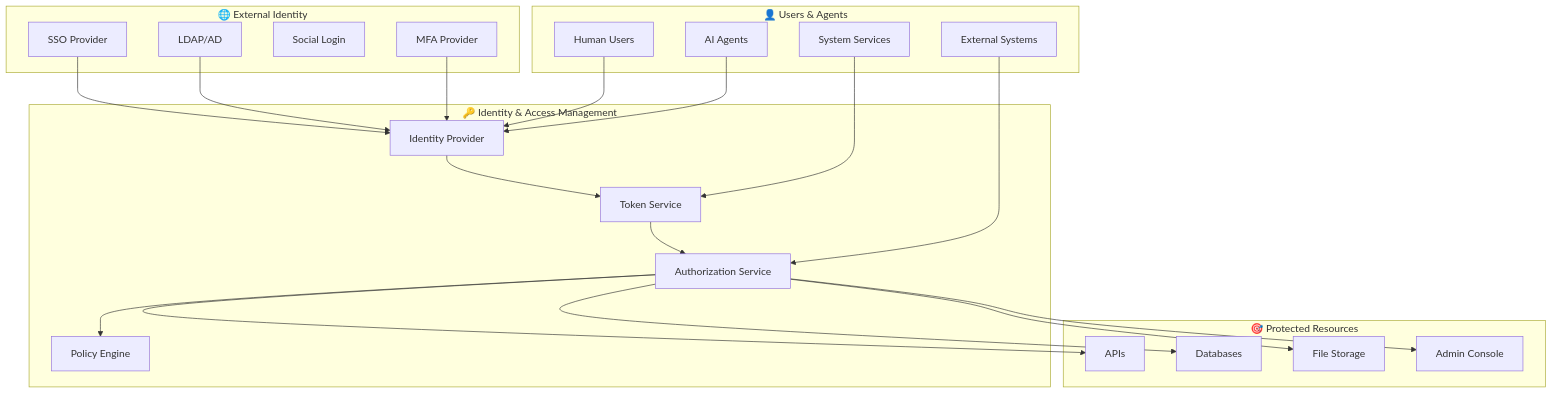
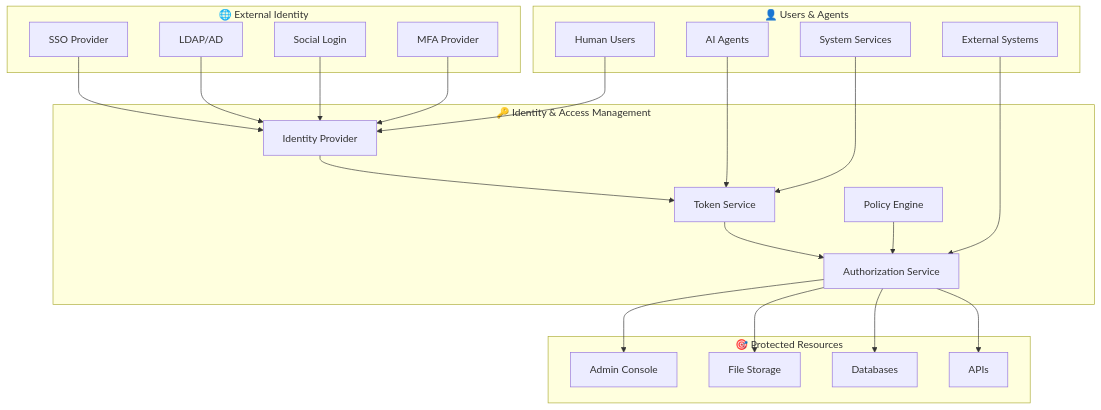
Before and after one commit to daichiTAAA/AgentOpsPlatform: the second of 21 diagrams in docs/030000_設計/039000_セキュリティ・運用設計/039010_セキュリティ・運用設計.md, drawn with Mermaid. The commit also changed other lines of this file and 2 other files, not shown here.

Commit message:
設計書を作成した

````diff
--- a/docs/030000_設計/039000_セキュリティ・運用設計/039010_セキュリティ・運用設計.md
+++ b/docs/030000_設計/039000_セキュリティ・運用設計/039010_セキュリティ・運用設計.md
@@ -77,48 +77,49 @@
 ```mermaid
 graph TD
     subgraph "🌐 External Identity"
         SSO[SSO Provider]
         LDAP[LDAP/AD]
         SOCIAL[Social Login]
         MFA[MFA Provider]
     end
     
-    subgraph "🔑 Identity & Access Management"
-        IDP[Identity Provider]
-        AUTHZ[Authorization Service]
-        TOKEN[Token Service]
-        POLICY[Policy Engine]
-    end
-    
     subgraph "👤 Users & Agents"
         HUMAN[Human Users]
         AI[AI Agents]
         SYS[System Services]
         EXT[External Systems]
     end
+    
+    subgraph "🔑 Identity & Access Management"
+        IDP[Identity Provider]
+        TOKEN[Token Service]
+        AUTHZ[Authorization Service]
+        POLICY[Policy Engine]
+    end
+    
+    SSO --> IDP
+    LDAP --> IDP
+    SOCIAL --> IDP
+    MFA --> IDP
+    
+    HUMAN --> IDP
+    AI --> TOKEN
+    SYS --> TOKEN
+    EXT --> AUTHZ
+    
+    IDP --> TOKEN
+    TOKEN --> AUTHZ
+    POLICY --> AUTHZ
     
     subgraph "🎯 Protected Resources"
         API[APIs]
         DATA[Databases]
         FILES[File Storage]
         ADMIN[Admin Console]
     end
     
-    SSO --> IDP
-    LDAP --> IDP
-    MFA --> IDP
-    
-    IDP --> TOKEN
-    TOKEN --> AUTHZ
-    AUTHZ --> POLICY
-    
-    HUMAN --> IDP
-    AI --> IDP
-    SYS --> TOKEN
-    EXT --> AUTHZ
-    
     AUTHZ --> API
     AUTHZ --> DATA
     AUTHZ --> FILES
     AUTHZ --> ADMIN
 ```
````
